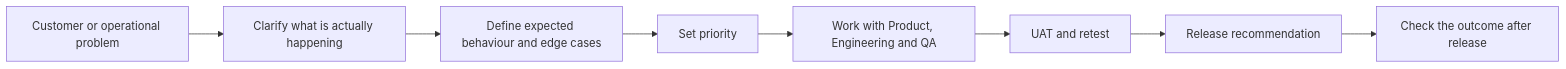
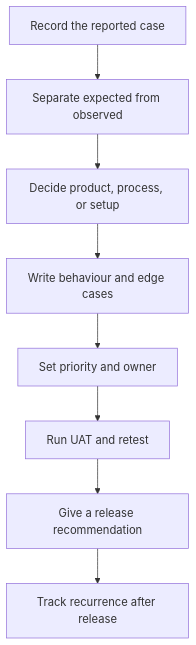
One commit to shaibal-barman/product-requirements-and-release changed the diagram in README.md. Above: the diagram before and after it, drawn with Mermaid. The commit also changed other lines of this file and 3 other files, not shown here.

````diff
--- a/README.md
+++ b/README.md
@@ -9,10 +9,10 @@
 ```mermaid
-flowchart LR
-    A[Customer or operational problem] --> B[Clarify what is actually happening]
-    B --> C[Define expected behaviour and edge cases]
-    C --> D[Set priority]
-    D --> E[Work with Product, Engineering and QA]
-    E --> F[UAT and retest]
-    F --> G[Release recommendation]
-    G --> H[Check the outcome after release]
+flowchart TD
+    A[Record the reported case] --> B[Separate expected from observed]
+    B --> C[Decide product, process, or setup]
+    C --> D[Write behaviour and edge cases]
+    D --> E[Set priority and owner]
+    E --> F[Run UAT and retest]
+    F --> G[Give a release recommendation]
+    G --> H[Track recurrence after release]
 ```
````
